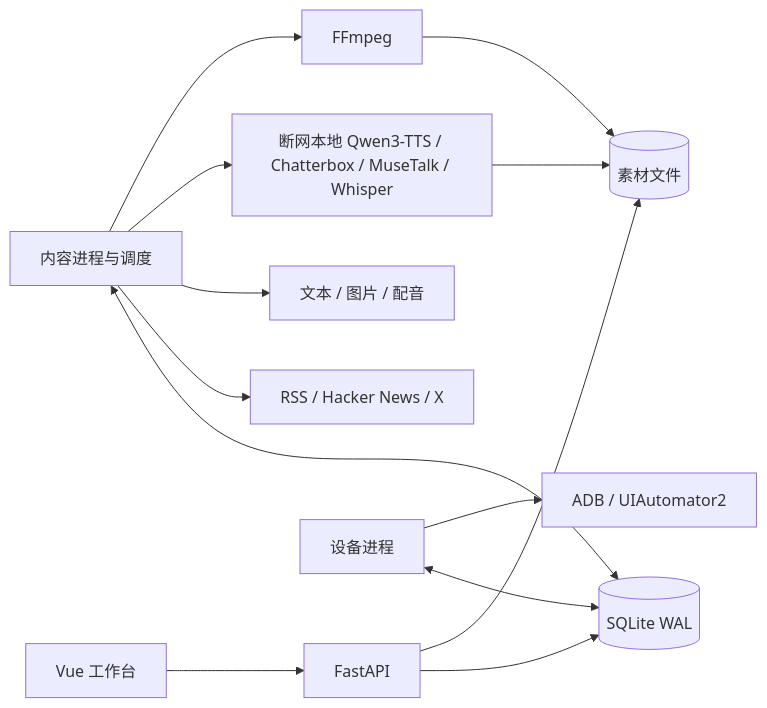
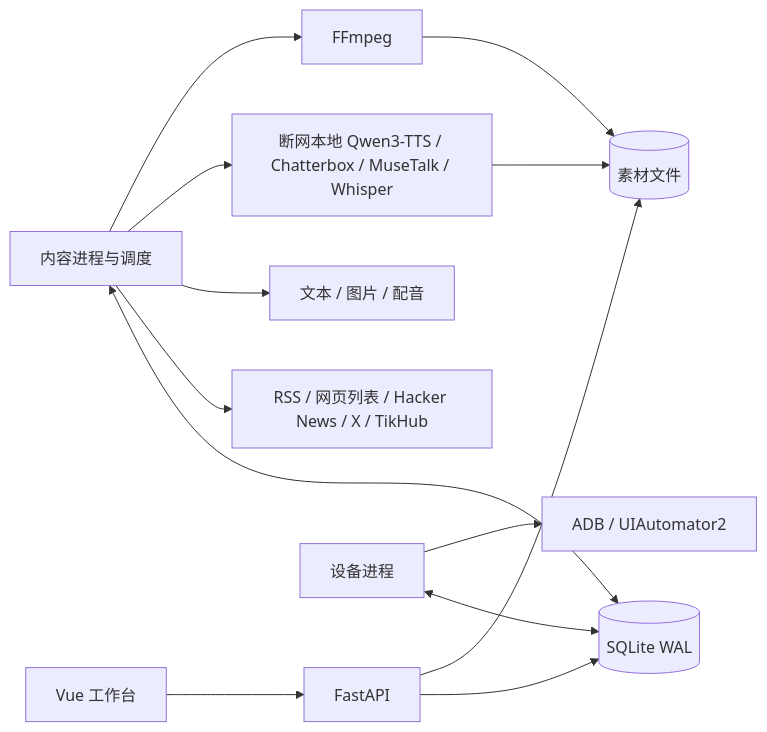
Before and after one commit to wangyinlong-wang/yingxu: the diagram in docs/architecture.md, drawn with Mermaid. The commit also changed other lines of this file and 79 other files, not shown here.

````diff
--- a/docs/architecture.md
+++ b/docs/architecture.md
@@ -7,15 +7,15 @@
 ```mermaid
 flowchart LR
     UI[Vue 工作台] --> API[FastAPI]
     API --> DB[(SQLite WAL)]
     API --> Files[(素材文件)]
     CW[内容进程与调度] <--> DB
-    CW --> Sources[RSS / Hacker News / X]
+    CW --> Sources[RSS / 网页列表 / Hacker News / X / TikHub]
     CW --> Models[文本 / 图片 / 配音]
     CW --> LocalAI[断网本地 Qwen3-TTS / Chatterbox / MuseTalk / Whisper]
     LocalAI --> Files
     CW --> FF[FFmpeg]
     FF --> Files
     DW[设备进程] <--> DB
     DW --> Phone[ADB / UIAutomator2]
 ```
````
